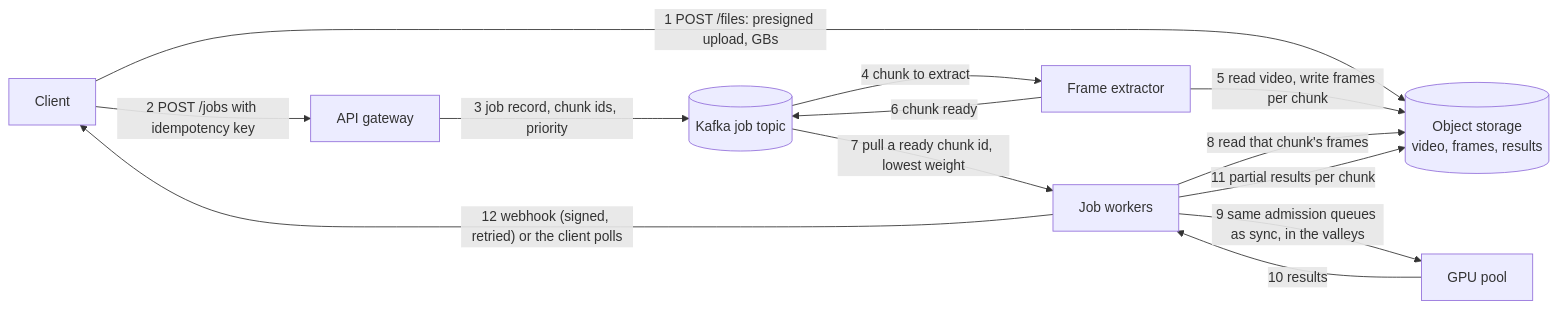
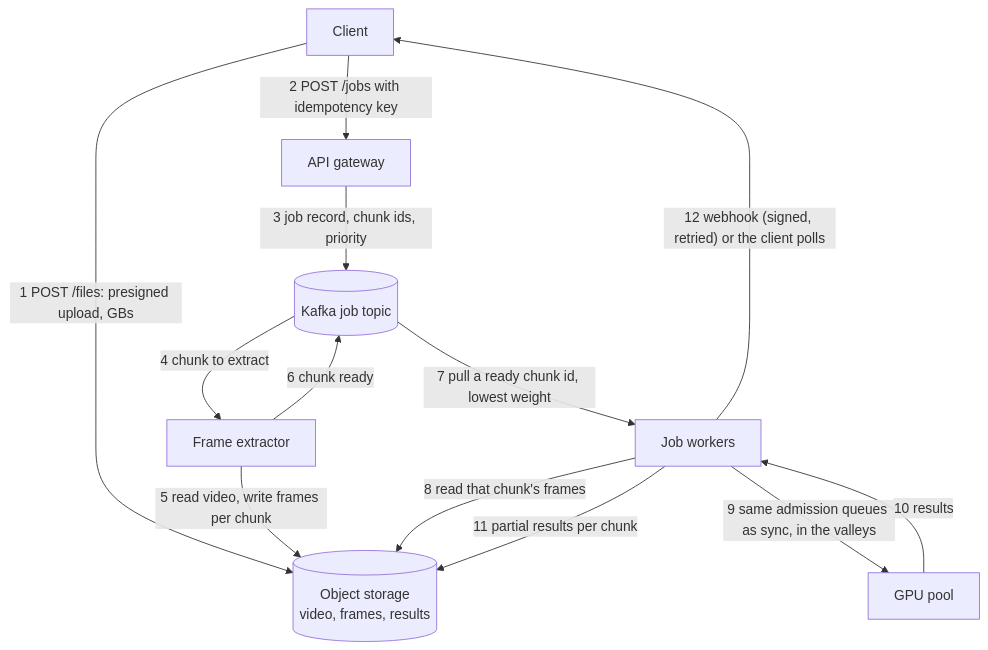
One commit to anurag4DSB/anuragbuildsthings-site changed the third of 5 diagrams in revision/data-paths.qmd. Above: the diagram before and after it, drawn with Mermaid. The commit also changed other lines of this file and 6 other files, not shown here.

Commit message:
revision: phone readability pass (site fonts restored, stacked tables, board line wraps, diagram scroller, tap targets, close buttons, shorter questions)

````diff
--- a/revision/data-paths.qmd
+++ b/revision/data-paths.qmd
@@ -57,15 +57,15 @@
 ```{mermaid}
-flowchart LR
+flowchart TB
   C["Client"] -->|"1 POST /files: presigned upload, GBs"| OS[("Object storage<br/>video, frames, results")]
   C -->|"2 POST /jobs with idempotency key"| API["API gateway"]
   API -->|"3 job record, chunk ids, priority"| JQ[("Kafka job topic")]
   JQ -->|"4 chunk to extract"| FX["Frame extractor"]
   FX -->|"5 read video, write frames per chunk"| OS
   FX -->|"6 chunk ready"| JQ
   JQ -->|"7 pull a ready chunk id, lowest weight"| JW["Job workers"]
   JW -->|"8 read that chunk's frames"| OS
   JW -->|"9 same admission queues as sync, in the valleys"| GPU["GPU pool"]
   GPU -->|"10 results"| JW
   JW -->|"11 partial results per chunk"| OS
   JW -->|"12 webhook (signed, retried) or the client polls"| C
 ```
````
